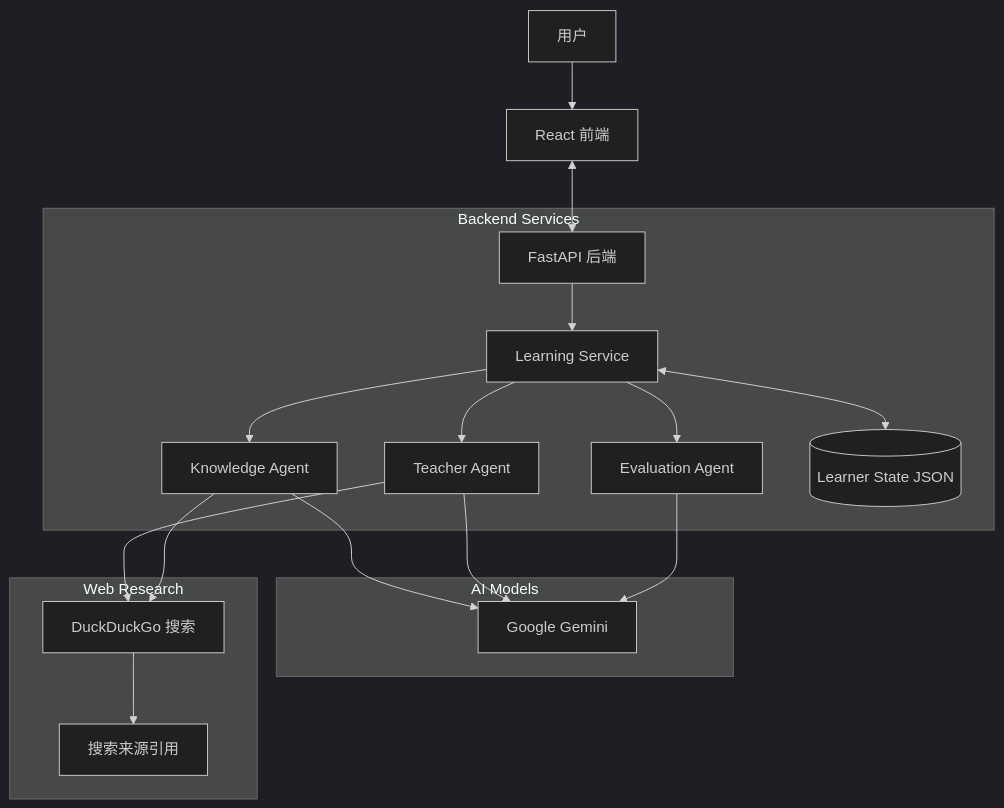
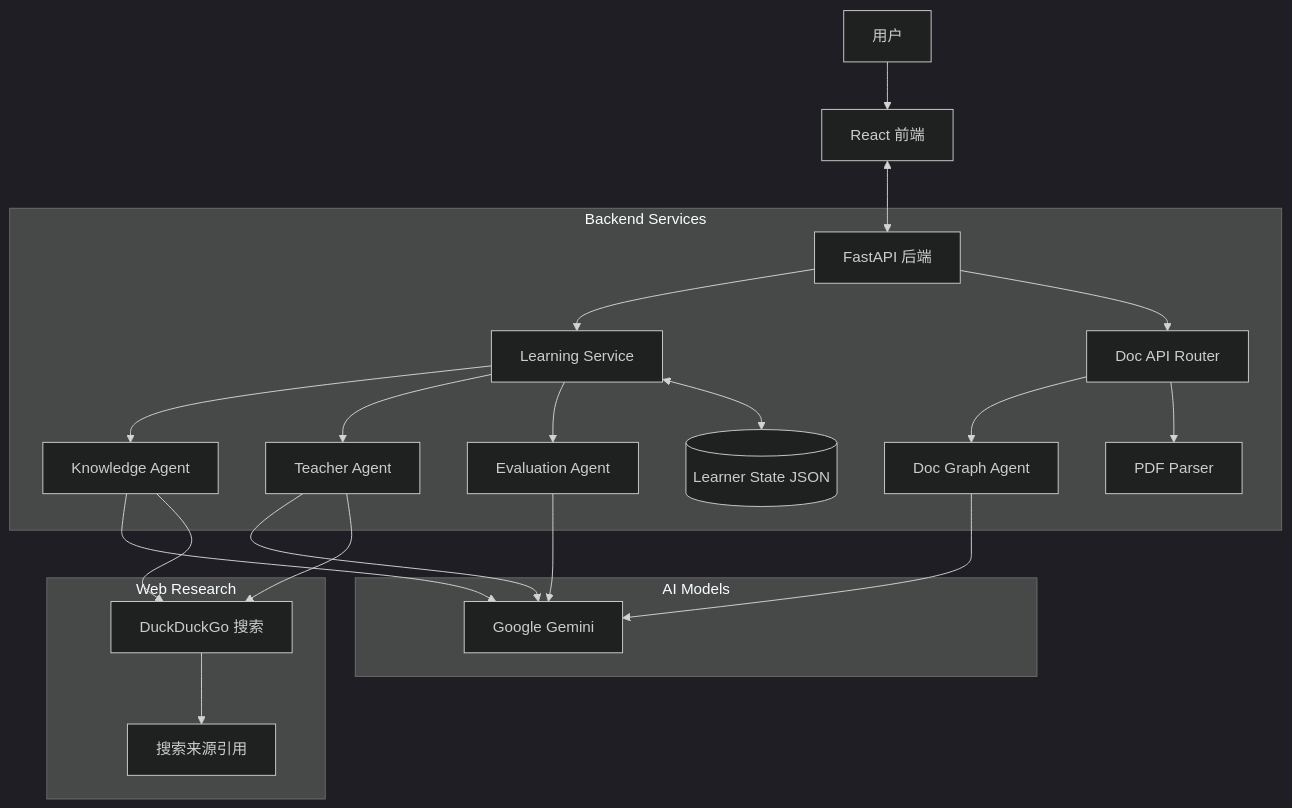
Before and after one commit to Dyiuu/AstraMentor-v1: the diagram in README.md, drawn with Mermaid (dark theme). The commit also changed other lines of this file and 29 other files, not shown here.

Commit message:
feat: integrate doc mode into unified graph dialog and update docs

````diff
--- a/README.md
+++ b/README.md
@@ -114,25 +154,29 @@
 ```mermaid
 graph TD
     User[用户] --> Client[React 前端]
     Client <--> API[FastAPI 后端]
 
     subgraph "Backend Services"
         API --> Service[Learning Service]
+        API --> DocAPI[Doc API Router]
         Service --> KA[Knowledge Agent]
         Service --> TA[Teacher Agent]
         Service --> EA[Evaluation Agent]
+        DocAPI --> DGA[Doc Graph Agent]
+        DocAPI --> PDF[PDF Parser]
         Service <--> DB[(Learner State JSON)]
     end
 
     subgraph "AI Models"
         KA --> Gemini[Google Gemini]
         TA --> Gemini
         EA --> Gemini
+        DGA --> Gemini
     end
 
     subgraph "Web Research"
         TA --> DDG[DuckDuckGo 搜索]
         KA --> DDG
         DDG --> Sources[搜索来源引用]
     end
 ```
````
